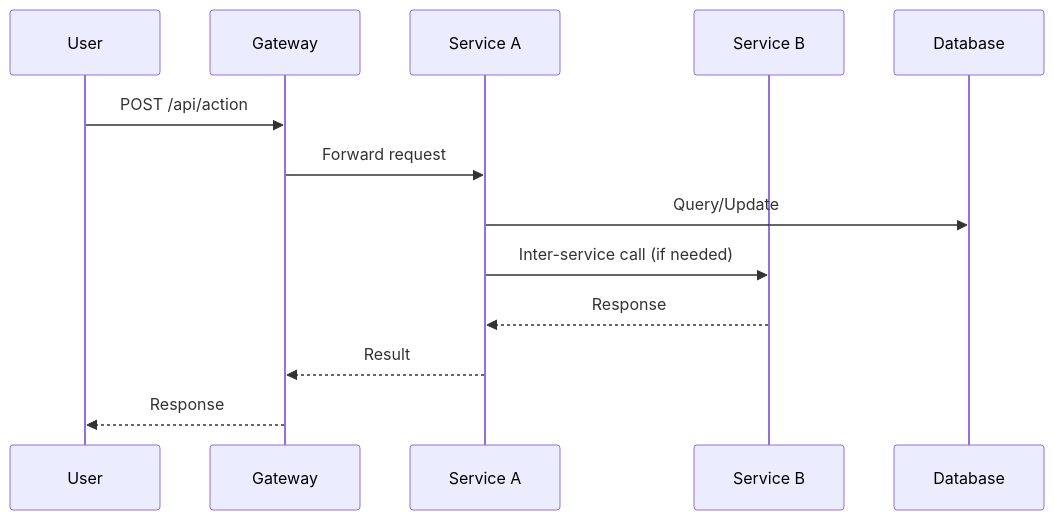
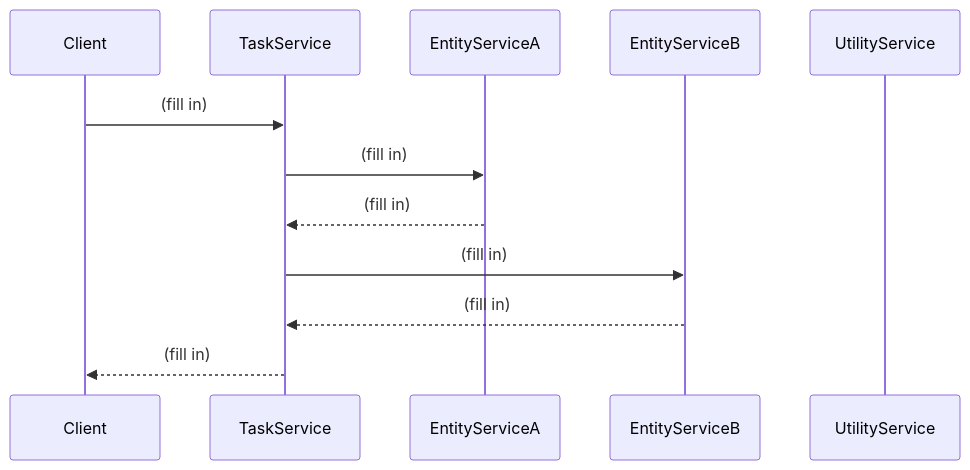
Before and after one commit to phamthanhlong100504-xpnd/soa-pttk-impliment: the first of 3 diagrams in docs/analysis-and-design.md, drawn with Mermaid. The commit also changed other lines of this file and 31 other files, not shown here.

````diff
--- a/docs/analysis-and-design.md
+++ b/docs/analysis-and-design.md
@@ -77,16 +105,15 @@
 ```mermaid
 sequenceDiagram
-    participant U as User
-    participant GW as Gateway
-    participant SA as Service A
-    participant SB as Service B
-    participant DB as Database
+    participant Client
+    participant TaskService
+    participant EntityServiceA
+    participant EntityServiceB
+    participant UtilityService
 
-    U->>GW: POST /api/action
-    GW->>SA: Forward request
-    SA->>DB: Query/Update
-    SA->>SB: Inter-service call (if needed)
-    SB-->>SA: Response
-    SA-->>GW: Result
-    GW-->>U: Response
+    Client->>TaskService: (fill in)
+    TaskService->>EntityServiceA: (fill in)
+    EntityServiceA-->>TaskService: (fill in)
+    TaskService->>EntityServiceB: (fill in)
+    EntityServiceB-->>TaskService: (fill in)
+    TaskService-->>Client: (fill in)
 ```
````
